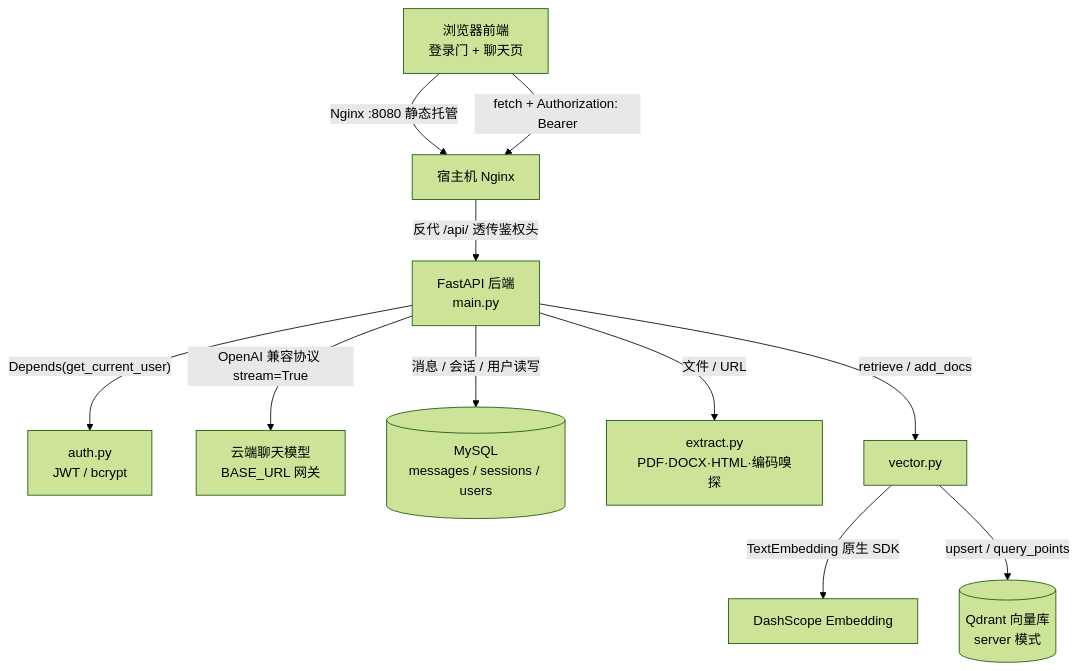
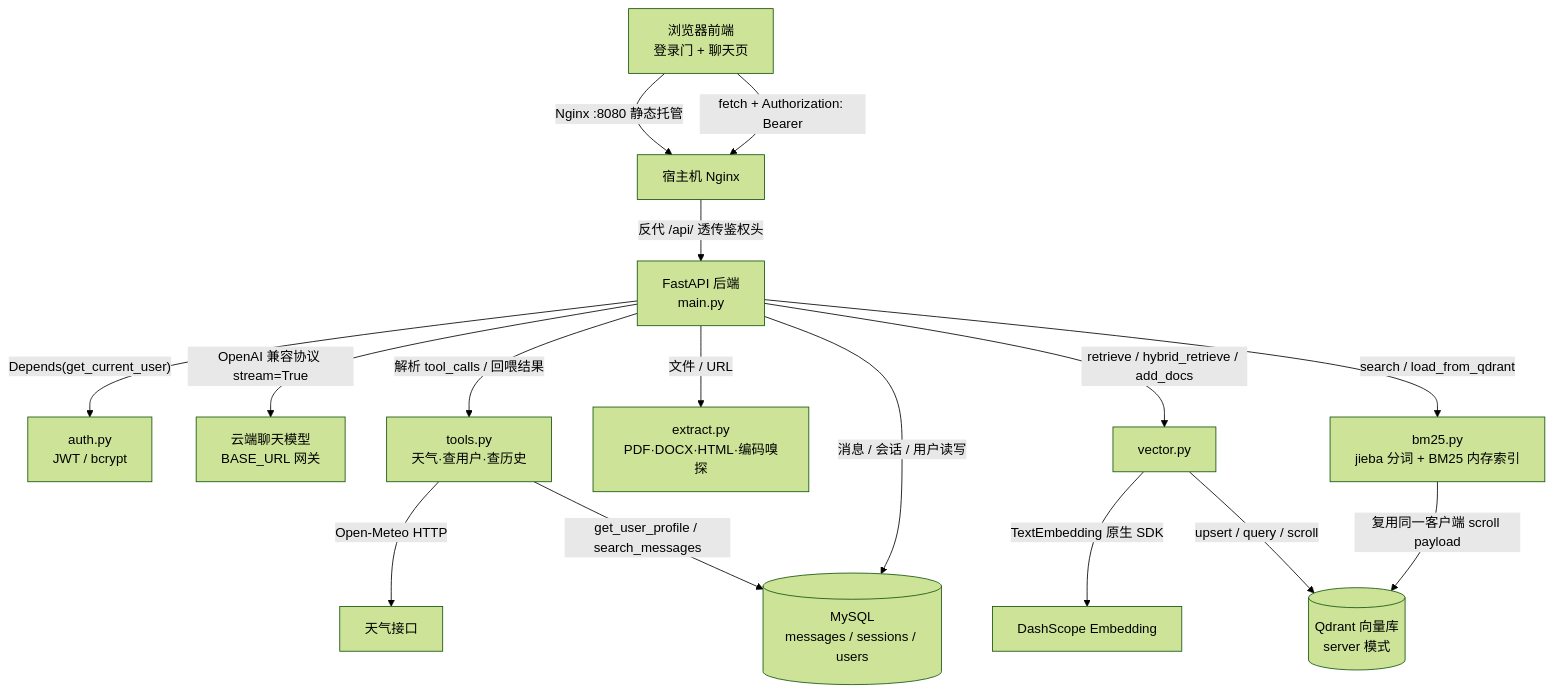
One commit to zuoxiangf/mini_qianwen changed the diagram in README.md. Above: the diagram before and after it, drawn with Mermaid (forest theme). The commit also changed other lines of this file and 8 other files, not shown here.

````diff
--- a/README.md
+++ b/README.md
@@ -38,13 +46,18 @@
 ```mermaid
 graph TB
     A[浏览器前端<br/>登录门 + 聊天页] -->|Nginx :8080 静态托管| N[宿主机 Nginx]
     A -->|"fetch + Authorization: Bearer"| N
     N -->|反代 /api/ 透传鉴权头| B[FastAPI 后端<br/>main.py]
     B -->|"Depends(get_current_user)"| AU[auth.py<br/>JWT / bcrypt]
     B -->|OpenAI 兼容协议 stream=True| C[云端聊天模型<br/>BASE_URL 网关]
+    B -->|解析 tool_calls / 回喂结果| TL[tools.py<br/>天气·查用户·查历史]
+    TL -->|Open-Meteo HTTP| WX[天气接口]
+    TL -->|get_user_profile / search_messages| D
     B -->|消息 / 会话 / 用户读写| D[(MySQL<br/>messages / sessions / users)]
     B -->|文件 / URL| EX[extract.py<br/>PDF·DOCX·HTML·编码嗅探]
-    B -->|retrieve / add_docs| E[vector.py]
+    B -->|retrieve / hybrid_retrieve / add_docs| E[vector.py]
+    B -->|search / load_from_qdrant| BM[bm25.py<br/>jieba 分词 + BM25 内存索引]
     E -->|TextEmbedding 原生 SDK| F[DashScope Embedding]
-    E -->|upsert / query_points| G[(Qdrant 向量库<br/>server 模式)]
+    E -->|upsert / query / scroll| G[(Qdrant 向量库<br/>server 模式)]
+    BM -->|复用同一客户端 scroll payload| G
 ```
````
